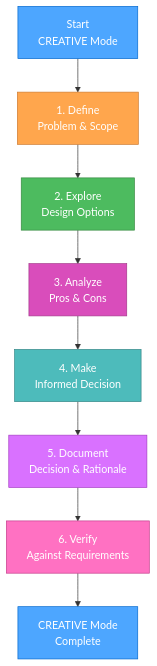
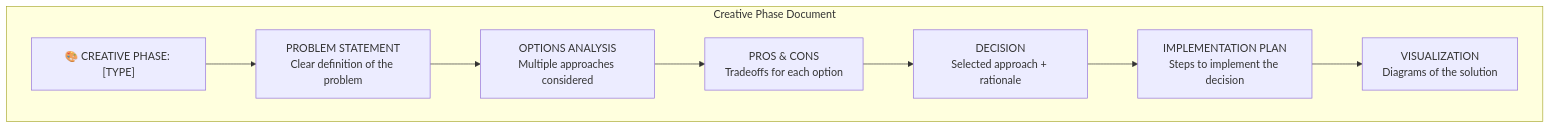
The second of 4 diagrams in .cursor/rules/isolation_rules/visual-maps/creative-mode-map.mdc (ubranch/shotgun), drawn with Mermaid before and after one commit. The commit also changed other lines of this file and 81 other files, not shown here.

Commit message:
feat: introduce new creative and implementation modes; enhance memory bank structure with detailed context documentation and visual process maps for improved workflow management

````diff
--- a/.cursor/rules/isolation_rules/visual-maps/creative-mode-map.mdc
+++ b/.cursor/rules/isolation_rules/visual-maps/creative-mode-map.mdc
@@ -13,19 +75,14 @@
 ```mermaid
 graph TD
-    Start["Start<br>CREATIVE Mode"] --> Define["1. Define<br>Problem & Scope"]
-    Define --> Explore["2. Explore<br>Design Options"]
-    Explore --> Analyze["3. Analyze<br>Pros & Cons"]
-    Analyze --> Decide["4. Make<br>Informed Decision"]
-    Decide --> Document["5. Document<br>Decision & Rationale"]
-    Document --> Verify["6. Verify<br>Against Requirements"]
-    Verify --> Complete["CREATIVE Mode<br>Complete"]
+    subgraph "Creative Phase Document"
+        Header["🎨 CREATIVE PHASE: [TYPE]"]
+        Problem["PROBLEM STATEMENT<br>Clear definition of the problem"]
+        Options["OPTIONS ANALYSIS<br>Multiple approaches considered"]
+        Pros["PROS & CONS<br>Tradeoffs for each option"]
+        Decision["DECISION<br>Selected approach + rationale"]
+        Impl["IMPLEMENTATION PLAN<br>Steps to implement the decision"]
+        Diagram["VISUALIZATION<br>Diagrams of the solution"]
+    end
     
-    style Start fill:#4da6ff,stroke:#0066cc,color:white
-    style Define fill:#ffa64d,stroke:#cc7a30,color:white
-    style Explore fill:#4dbb5f,stroke:#36873f,color:white
-    style Analyze fill:#d94dbb,stroke:#a3378a,color:white
-    style Decide fill:#4dbbbb,stroke:#368787,color:white
-    style Document fill:#d971ff,stroke:#a33bc2,color:white
-    style Verify fill:#ff71c2,stroke:#c23b8a,color:white
-    style Complete fill:#4da6ff,stroke:#0066cc,color:white
+    Header --> Problem --> Options --> Pros --> Decision --> Impl --> Diagram
 ```
````
